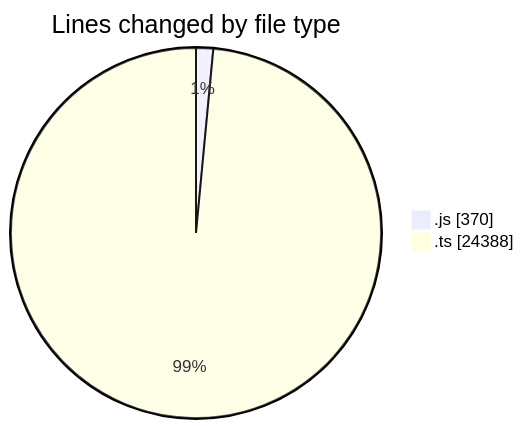
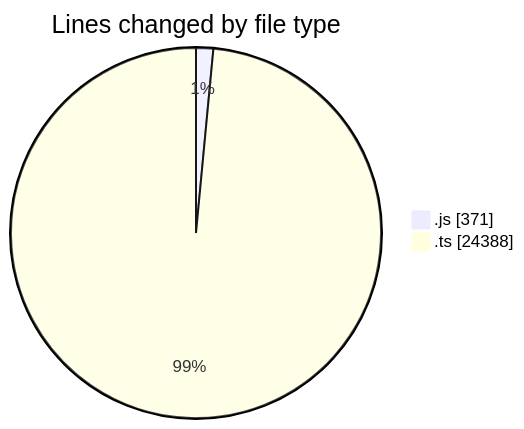
One commit to momahboobian/code-tracking changed the first of 2 diagrams in 2026-01-15/cda/README.md. Above: the diagram before and after it, drawn with Mermaid. The commit also changed other lines of this file and 1 other file, not shown here.

````diff
--- a/2026-01-15/cda/README.md
+++ b/2026-01-15/cda/README.md
@@ -23,6 +24,6 @@
 ```mermaid
 pie showData
 title Lines changed by file type
-".js" : 370
+".js" : 371
 ".ts" : 24388
 ```
````
